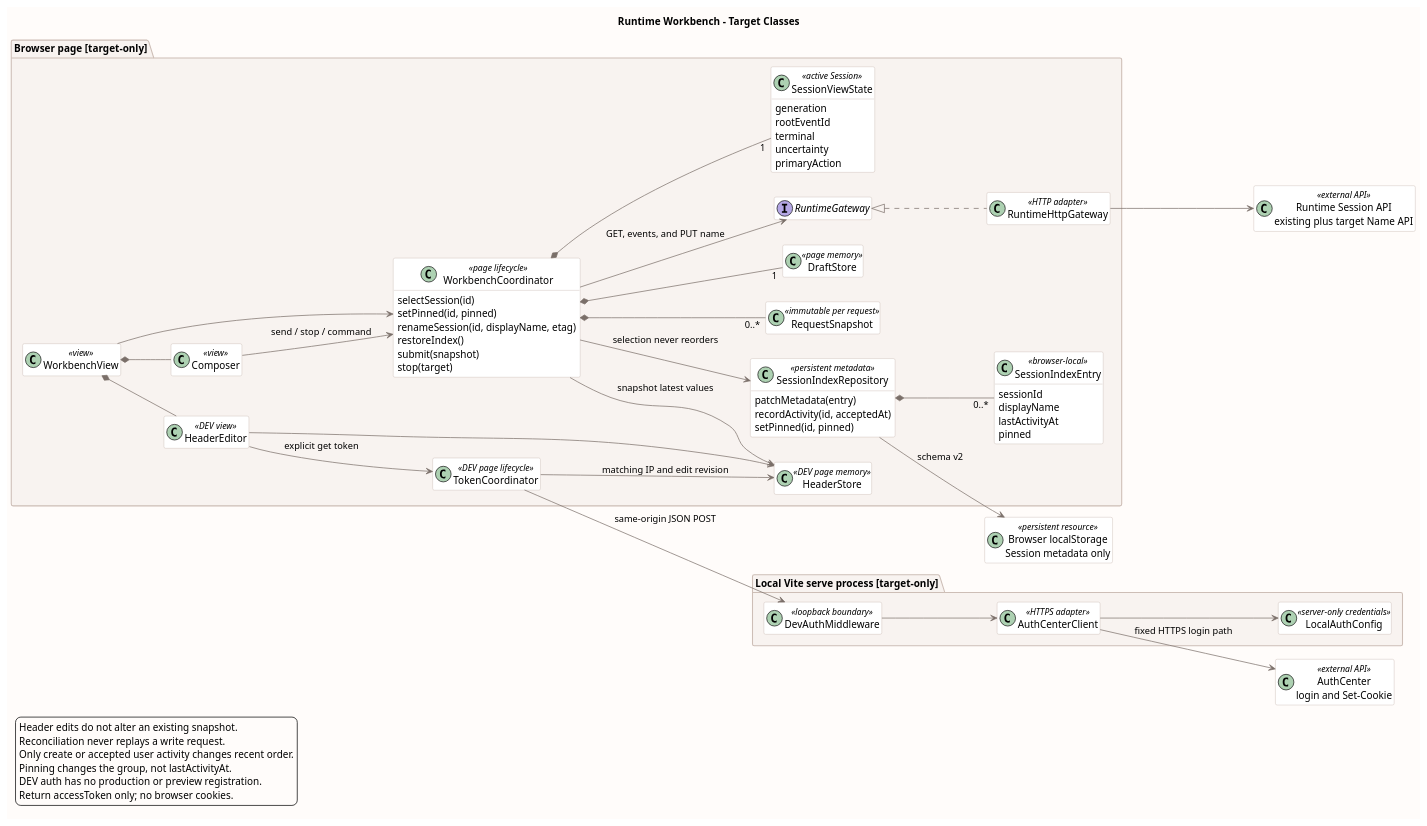
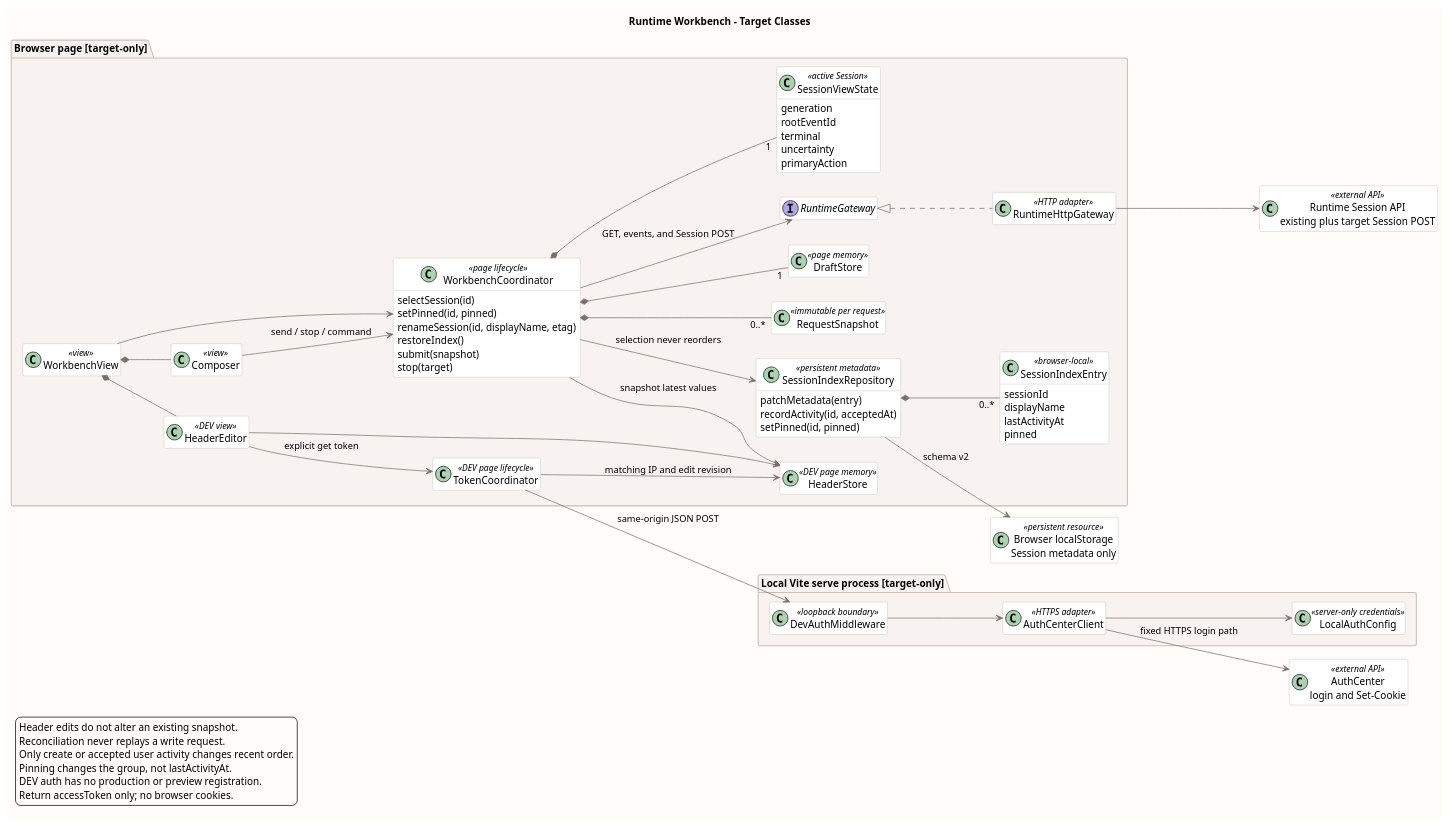
Before and after one commit to ssm0808/pi-mono-java-design: the seventh of 7 diagrams in 01-总体架构/04-CampusClaw前端体验/diagram.puml, drawn with PlantUML. The commit also changed 49 other files, not shown here.

Commit message:
docs(session): 统一名称模型思考与模式的 POST 更新契约

```diff
--- a/01-总体架构/04-CampusClaw前端体验/diagram.puml
+++ b/01-总体架构/04-CampusClaw前端体验/diagram.puml
@@ -327,103 +327,103 @@
 @startuml target_runtime_workbench
 ' Source baseline: pi-mono-java@510d882ca45541e0086586dab89c429c5a18cf20
 ' Source evidence: frontend/src/App.vue resumeSession and sidebar select
 ' Source evidence: frontend/src/runtime/sessionIndex.ts select and upsert
 ' Source evidence: frontend/src/composables/useWorkbenchSessions.ts recordSession and touchCurrentThread
 ' Source evidence: frontend/src/components/AppSidebar.vue threads and select
 ' Source evidence: modules/coding-agent-cli/src/main/java/com/campusclaw/codingagent/runtimeapi/service/command/SessionNamingService.java
 ' Source evidence: modules/coding-agent-cli/src/main/java/com/campusclaw/codingagent/runtimeapi/web/RuntimeSessionController.java
 ' Source evidence: modules/coding-agent-cli/src/main/java/com/campusclaw/codingagent/runtimeapi/web/RuntimeSessionConfigurationController.java
 ' Source evidence: frontend/src/composables/useRuntimeApi.ts recover, canSend, canStop
 ' Source evidence: frontend/src/components/DebugHeaders.vue snapshot
 ' Source evidence: frontend/vite.config.ts defineConfig; no auth middleware exists
 ' Observed behavior: upsert prepends after selection; no pin field or direct HTTP name route exists.
 ' Target-only architecture: every class and relationship below is proposed.
 ' Product constraint: selection preserves order; pin and rename are explicit; credentials stay in DEV.
 ' Design reason: one coordinator owns execution state and request generations;
 ' persistent metadata and transient credentials have separate lifecycles.
 title Runtime Workbench - Target Classes
 left to right direction
 skinparam backgroundColor #FFFCFA
 skinparam shadowing false
 skinparam classBackgroundColor #FFFFFF
 skinparam classBorderColor #BFAEA5
 skinparam packageBackgroundColor #F8F3F0
 skinparam packageBorderColor #CDBEB6
 skinparam ArrowColor #7A6F69
 skinparam defaultFontName Arial
 hide empty members
 package "Browser page [target-only]" {
   class WorkbenchView <<view>>
   class Composer <<view>>
   class HeaderEditor <<DEV view>>
   class WorkbenchCoordinator <<page lifecycle>> {
     selectSession(id)
     setPinned(id, pinned)
     renameSession(id, displayName, etag)
     restoreIndex()
     submit(snapshot)
     stop(target)
   }
   class SessionViewState <<active Session>> {
     generation
     rootEventId
     terminal
     uncertainty
     primaryAction
   }
   class SessionIndexRepository <<persistent metadata>> {
     patchMetadata(entry)
     recordActivity(id, acceptedAt)
     setPinned(id, pinned)
   }
   class SessionIndexEntry <<browser-local>> {
     sessionId
     displayName
     lastActivityAt
     pinned
   }
   class RequestSnapshot <<immutable per request>>
   class DraftStore <<page memory>>
   class HeaderStore <<DEV page memory>>
   class TokenCoordinator <<DEV page lifecycle>>
   interface RuntimeGateway
   class RuntimeHttpGateway <<HTTP adapter>>
 }
 package "Local Vite serve process [target-only]" {
   class DevAuthMiddleware <<loopback boundary>>
   class AuthCenterClient <<HTTPS adapter>>
   class LocalAuthConfig <<server-only credentials>>
 }
 class "Browser localStorage\nSession metadata only" as Storage <<persistent resource>>
-class "Runtime Session API\nexisting plus target Name API" as Runtime <<external API>>
+class "Runtime Session API\nexisting plus target Session POST" as Runtime <<external API>>
 class "AuthCenter\nlogin and Set-Cookie" as AuthCenter <<external API>>
 WorkbenchView *-- Composer
 WorkbenchView *-- HeaderEditor
 WorkbenchView --> WorkbenchCoordinator
 Composer --> WorkbenchCoordinator : send / stop / command
 HeaderEditor --> HeaderStore
 HeaderEditor --> TokenCoordinator : explicit get token
 WorkbenchCoordinator *-- "1" SessionViewState
 WorkbenchCoordinator *-- "0..*" RequestSnapshot
 WorkbenchCoordinator *-- "1" DraftStore
 WorkbenchCoordinator --> SessionIndexRepository : selection never reorders
 SessionIndexRepository *-- "0..*" SessionIndexEntry
 WorkbenchCoordinator --> HeaderStore : snapshot latest values
-WorkbenchCoordinator --> RuntimeGateway : GET, events, and PUT name
+WorkbenchCoordinator --> RuntimeGateway : GET, events, and Session POST
 RuntimeGateway <|.. RuntimeHttpGateway
 RuntimeHttpGateway --> Runtime
 SessionIndexRepository --> Storage : schema v2
 TokenCoordinator --> HeaderStore : matching IP and edit revision
 TokenCoordinator --> DevAuthMiddleware : same-origin JSON POST
 DevAuthMiddleware --> AuthCenterClient
 AuthCenterClient --> LocalAuthConfig
 AuthCenterClient --> AuthCenter : fixed HTTPS login path
 legend bottom left
   Header edits do not alter an existing snapshot.
   Reconciliation never replays a write request.
   Only create or accepted user activity changes recent order.
   Pinning changes the group, not lastActivityAt.
   DEV auth has no production or preview registration.
   Return accessToken only; no browser cookies.
 endlegend
 @enduml
```
